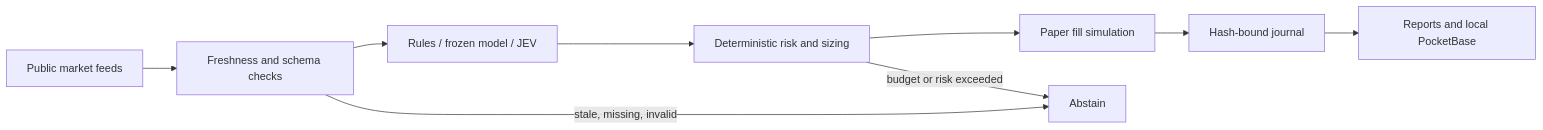
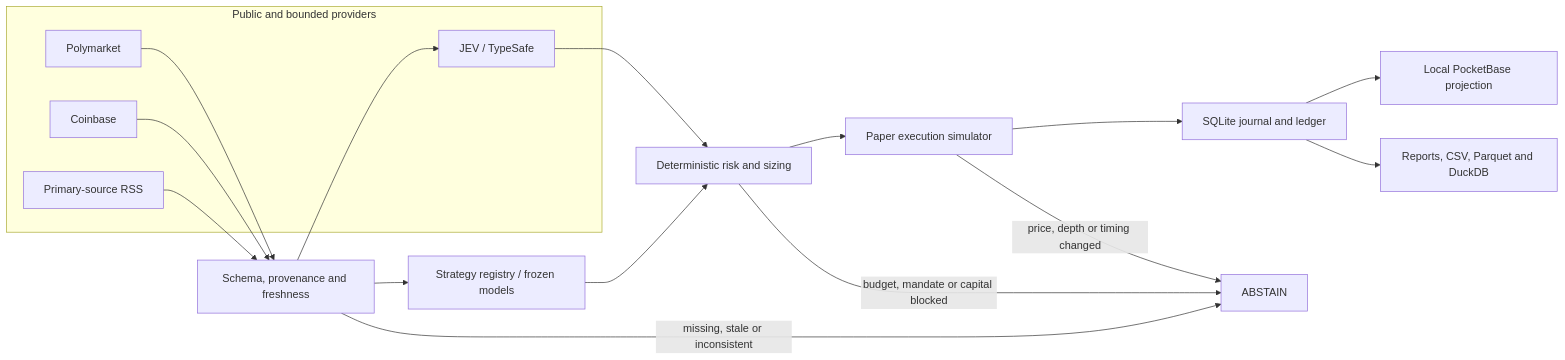
One commit to AnthonySmith96/edgehunter changed the diagram in README.md. Above: the diagram before and after it, drawn with Mermaid. The commit also changed other lines of this file, not shown here.

````diff
--- a/README.md
+++ b/README.md
@@ -66,11 +84,24 @@
 ```mermaid
 flowchart LR
-    A[Public market feeds] --> B[Freshness and schema checks]
-    B --> C[Rules / frozen model / JEV]
-    C --> D[Deterministic risk and sizing]
-    D --> E[Paper fill simulation]
-    E --> F[Hash-bound journal]
-    F --> G[Reports and local PocketBase]
-    B -->|stale, missing, invalid| H[Abstain]
-    D -->|budget or risk exceeded| H
+    subgraph Sources[Public and bounded providers]
+        PM[Polymarket]
+        CB[Coinbase]
+        RSS[Primary-source RSS]
+        JEV[JEV / TypeSafe]
+    end
+
+    PM --> V[Schema, provenance and freshness]
+    CB --> V
+    RSS --> V
+    V --> S[Strategy registry / frozen models]
+    V --> JEV
+    JEV --> R[Deterministic risk and sizing]
+    S --> R
+    R --> X[Paper execution simulator]
+    X --> L[SQLite journal and ledger]
+    L --> PB[Local PocketBase projection]
+    L --> REP[Reports, CSV, Parquet and DuckDB]
+    V -->|missing, stale or inconsistent| A[ABSTAIN]
+    R -->|budget, mandate or capital blocked| A
+    X -->|price, depth or timing changed| A
 ```
````
